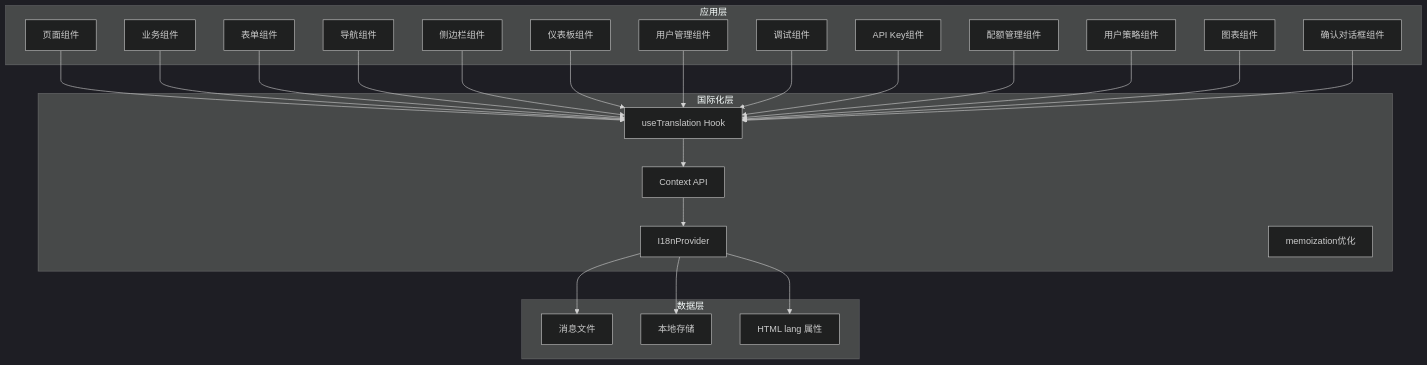
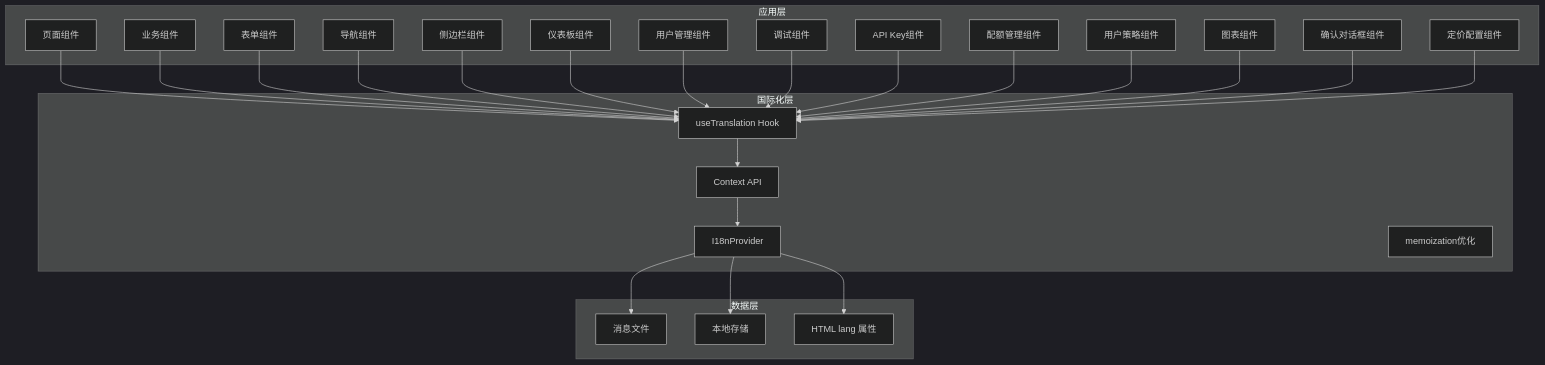
The second of 6 diagrams in .qoder/repowiki/zh/content/开发指南/国际化系统.md (RadiumAg/AIGate), drawn with Mermaid (dark theme) before and after one commit. The commit also changed other lines of this file and 7 other files, not shown here.

````diff
--- a/.qoder/repowiki/zh/content/开发指南/国际化系统.md
+++ b/.qoder/repowiki/zh/content/开发指南/国际化系统.md
@@ -191,47 +203,49 @@
 ```mermaid
 graph TD
 subgraph "应用层"
 A[页面组件]
 B[业务组件]
 C[表单组件]
 D[导航组件]
 E[侧边栏组件]
 F[仪表板组件]
 G[用户管理组件]
 H[调试组件]
 I[API Key组件]
 J[配额管理组件]
 K[用户策略组件]
 L[图表组件]
 M[确认对话框组件]
+N[定价配置组件]
 end
 subgraph "国际化层"
-N[I18nProvider]
-O[useTranslation Hook]
-P[Context API]
-Q[memoization优化]
+O[I18nProvider]
+P[useTranslation Hook]
+Q[Context API]
+R[memoization优化]
 end
 subgraph "数据层"
-R[消息文件]
-S[本地存储]
-T[HTML lang 属性]
+S[消息文件]
+T[本地存储]
+U[HTML lang 属性]
 end
-A --> O
-B --> O
-C --> O
-D --> O
-E --> O
-F --> O
-G --> O
-H --> O
-I --> O
-J --> O
-K --> O
-L --> O
-M --> O
-O --> P
-P --> N
-N --> R
-N --> S
-N --> T
+A --> P
+B --> P
+C --> P
+D --> P
+E --> P
+F --> P
+G --> P
+H --> P
+I --> P
+J --> P
+K --> P
+L --> P
+M --> P
+N --> P
+P --> Q
+Q --> O
+O --> S
+O --> T
+O --> U
 ```
````
